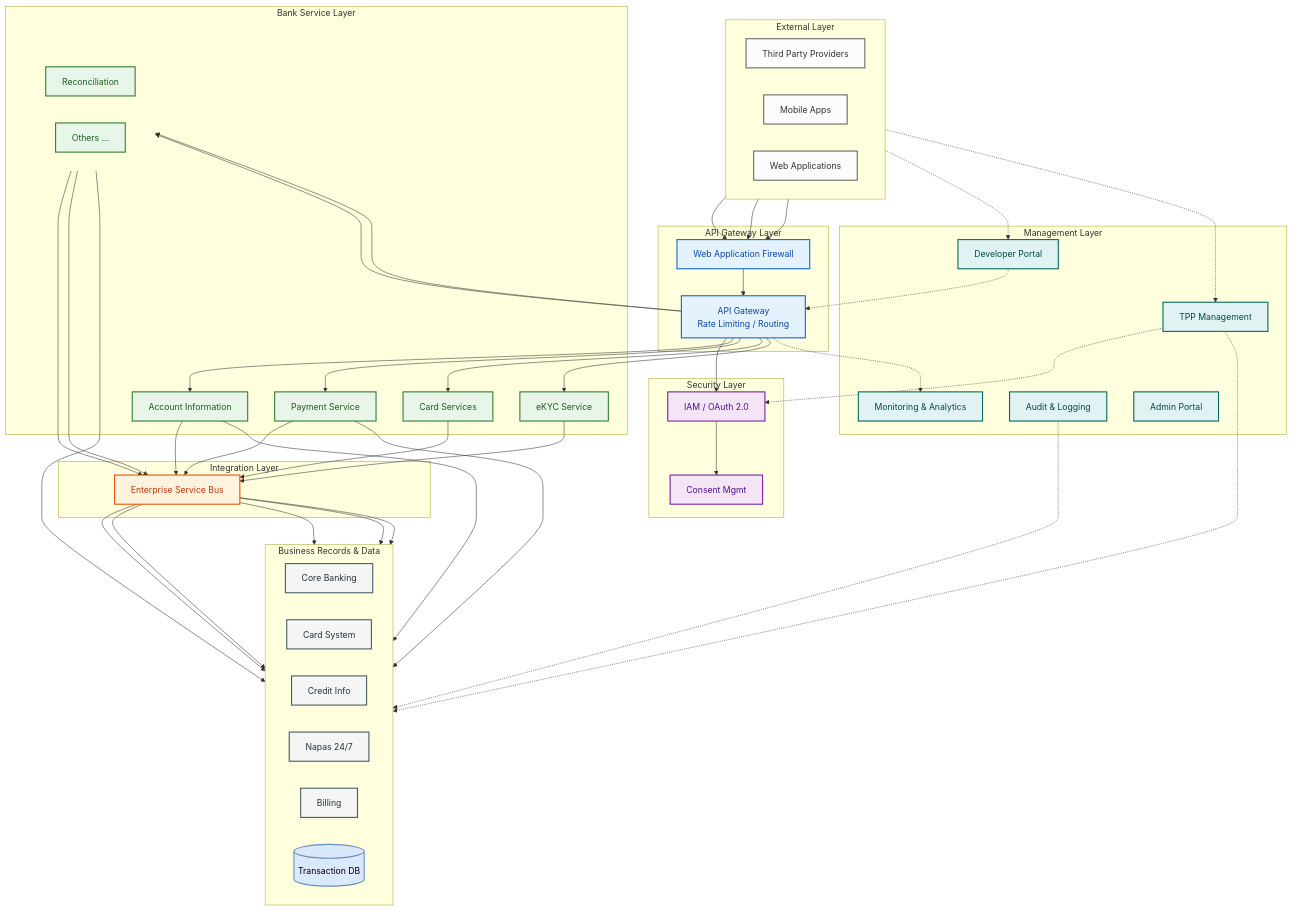
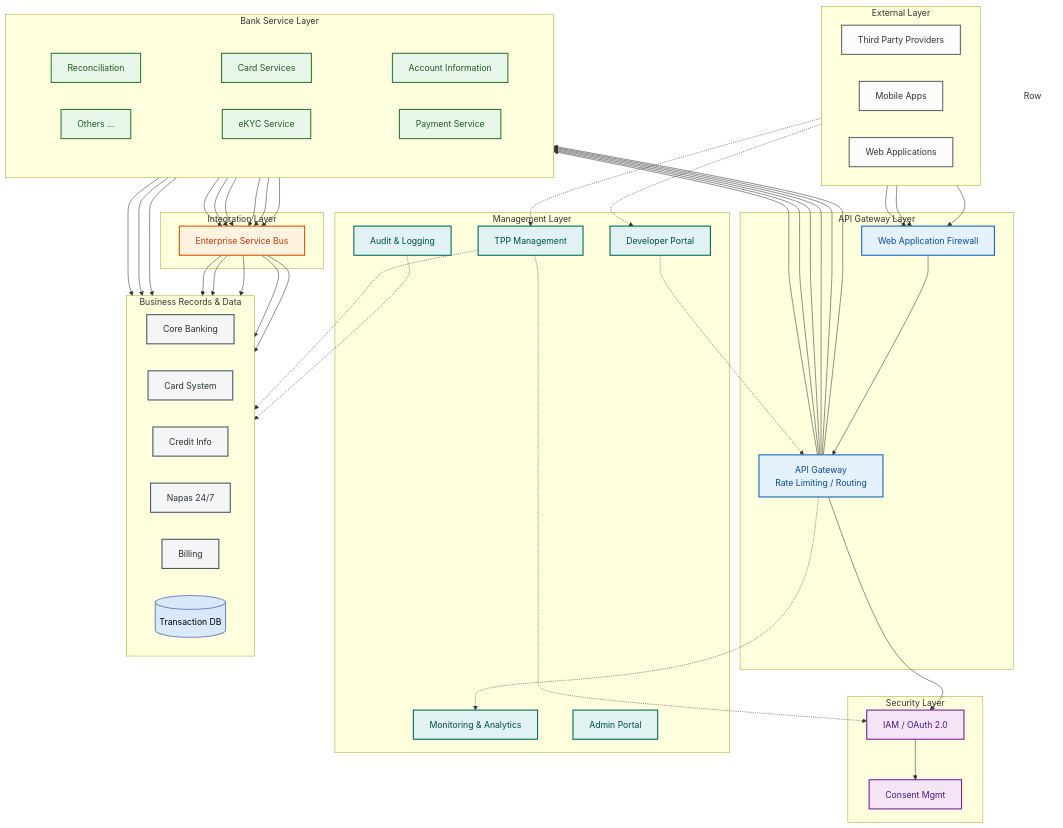
Before and after one commit to huuhoait/openbanking-vn-specs: the first of 2 diagrams in 01-Kien-truc-he-thong.md, drawn with Mermaid.

```diff
--- a/01-Kien-truc-he-thong.md
+++ b/01-Kien-truc-he-thong.md
@@ -37,16 +37,27 @@
     end
     
     subgraph Services [Bank Service Layer]
-        AIS[Account Information]:::service
-        PIS[Payment Service]:::service
-        CardSvc[Card Services]:::service
-        eKYC[eKYC Service]:::service
-        subgraph Row [ ]
+        direction TB
+        subgraph TopServices [ ]
+            direction LR
+            AIS[Account Information]:::service
+            PIS[Payment Service]:::service
+        end
+        subgraph MidServices [ ]
+            direction LR
+            CardSvc[Card Services]:::service
+            eKYC[eKYC Service]:::service
+        end
+        subgraph BotServices [ ]
             direction LR
             Recon[Reconciliation]:::service
             OtherSvc[Others ...]:::service
         end
     end
+    
+    style TopServices fill:none,stroke:none
+    style MidServices fill:none,stroke:none
+    style BotServices fill:none,stroke:none
     
     subgraph Management [Management Layer]
         DevPortal[Developer Portal]:::management
```
